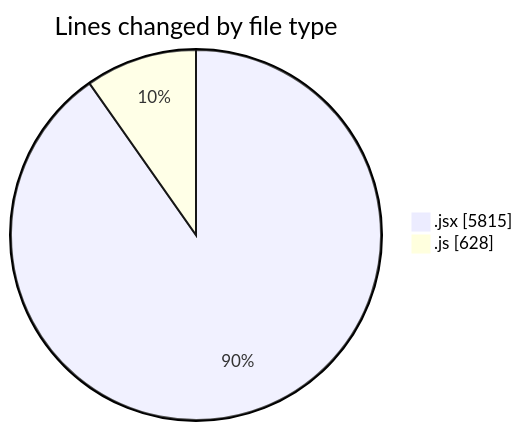
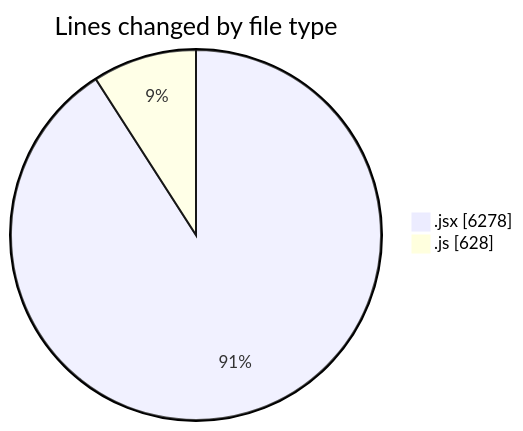
Before and after one commit to nxtqubesakshisongat/code-tracking: the first of 2 diagrams in 2025-09-25/nxtqube_webapp/README.md, drawn with Mermaid. The commit also changed other lines of this file and 1 other file, not shown here.

````diff
--- a/2025-09-25/nxtqube_webapp/README.md
+++ b/2025-09-25/nxtqube_webapp/README.md
@@ -22,6 +23,6 @@
 ```mermaid
 pie showData
 title Lines changed by file type
-".jsx" : 5815
+".jsx" : 6278
 ".js" : 628
 ```
````
